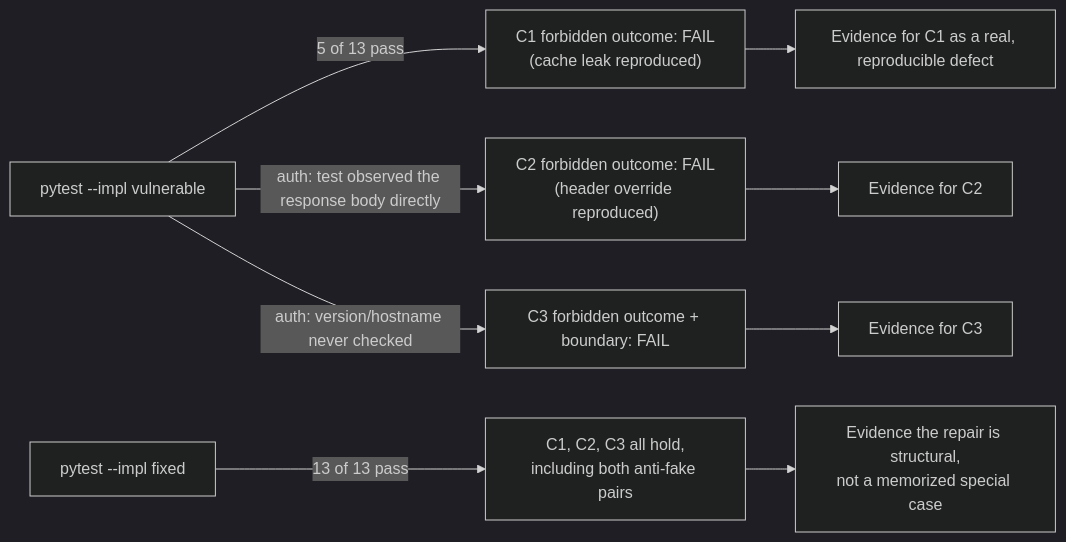
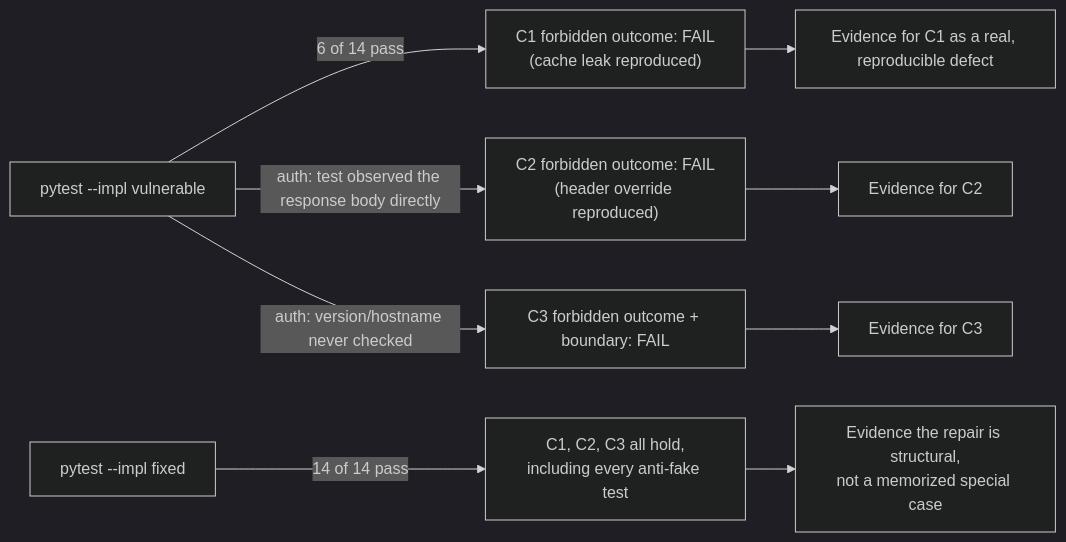
The diagram in content/modules/2/2.2/lessons/05-verify.md (ishitvagoel/LearnSecurity), drawn with Mermaid (dark theme) before and after one commit. The commit also changed other lines of this file and 8 other files, not shown here.

````diff
--- a/content/modules/2/2.2/lessons/05-verify.md
+++ b/content/modules/2/2.2/lessons/05-verify.md
@@ -23,11 +23,11 @@
 ```mermaid
 flowchart LR
-  Run["pytest --impl vulnerable"] -->|"5 of 13 pass"| V1["C1 forbidden outcome: FAIL\n(cache leak reproduced)"]
+  Run["pytest --impl vulnerable"] -->|"6 of 14 pass"| V1["C1 forbidden outcome: FAIL\n(cache leak reproduced)"]
   Run -->|auth: test observed the response body directly| V2["C2 forbidden outcome: FAIL\n(header override reproduced)"]
   Run -->|auth: version/hostname never checked| V3["C3 forbidden outcome + boundary: FAIL"]
-  Fixed["pytest --impl fixed"] -->|"13 of 13 pass"| F1["C1, C2, C3 all hold,\nincluding both anti-fake pairs"]
+  Fixed["pytest --impl fixed"] -->|"14 of 14 pass"| F1["C1, C2, C3 all hold,\nincluding every anti-fake test"]
   V1 --> Claim1["Evidence for C1 as a real, reproducible defect"]
   V2 --> Claim2["Evidence for C2"]
   V3 --> Claim3["Evidence for C3"]
   F1 --> ClaimAll["Evidence the repair is structural,\nnot a memorized special case"]
 ```
````
